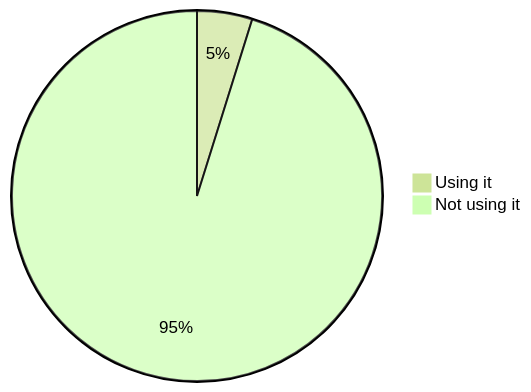
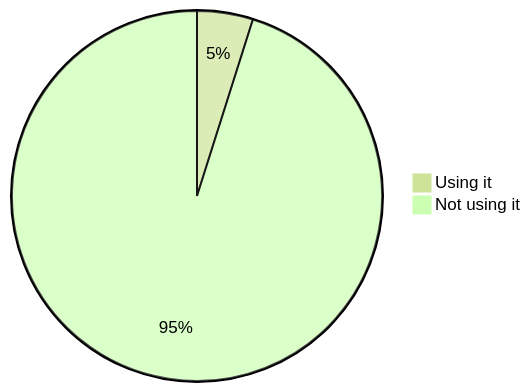
Before and after one commit to oshp/oshp-stats: diagram 11 of 22 in stats.md, drawn with Mermaid (forest theme). The commit also changed other lines of this file, not shown here.

````diff
--- a/stats.md
+++ b/stats.md
@@ -130,6 +130,6 @@
 ```mermaid
 pie
-	"Using it" : 4.82
-	"Not using it" : 95.18
+	"Using it" : 4.88
+	"Not using it" : 95.12
 
 ```
````
